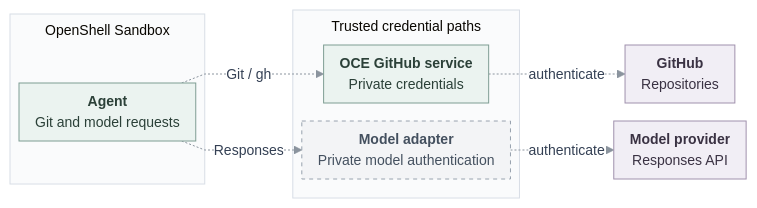
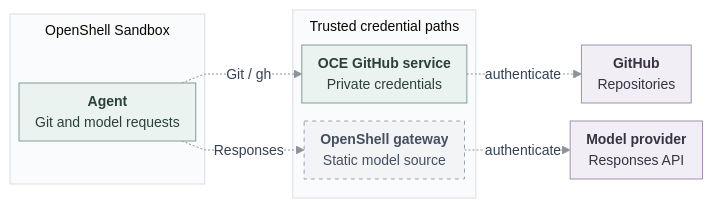
The diagram in specs/credential-gateway-driver.md (SebTardif/openclaw-enterprise), drawn with Mermaid before and after one commit. The commit also changed other lines of this file and 1 other file, not shown here.

Commit message:
docs: align credential gateway with OpenShell

````diff
--- a/specs/credential-gateway-driver.md
+++ b/specs/credential-gateway-driver.md
@@ -30,44 +32,44 @@
 ```mermaid
 ---
 config:
   theme: base
   htmlLabels: true
   themeVariables:
     fontSize: 14px
     primaryTextColor: "#344054"
     lineColor: "#8B949E"
     edgeLabelBackground: "#FFFFFF"
   flowchart:
     curve: linear
     nodeSpacing: 18
     rankSpacing: 18
     padding: 8
     subGraphTitleMargin:
       top: 6
       bottom: 10
 ---
 flowchart LR
   subgraph S["OpenShell Sandbox"]
     A["<b>Agent</b><br/>Git and model requests"]
   end
   subgraph T["Trusted credential paths"]
     G["<b>OCE GitHub service</b><br/>Private credentials"]
-    M["<b>Model adapter</b><br/>Private model authentication"]
+    M["<b>OpenShell gateway</b><br/>Static model source"]
   end
   H["<b>GitHub</b><br/>Repositories"]
   P["<b>Model provider</b><br/>Responses API"]
   A -.->|Git / gh| G
   A -.->|Responses| M
   G -.->|authenticate| H
   M -.->|authenticate| P
   classDef control fill:#EDF2F7,stroke:#879AB0,color:#25364A,stroke-width:1px
   classDef operation fill:#EBF3F0,stroke:#7F9D93,color:#2B4038,stroke-width:1px
   classDef external fill:#F1EEF5,stroke:#A091AD,color:#3A3243,stroke-width:1px
   classDef pending fill:#F3F4F6,stroke:#98A2AE,color:#44505F,stroke-width:1px,stroke-dasharray:4 4
   class A,G operation
   class H,P external
   class M pending
   style S fill:#FAFBFC,stroke:#D8DEE6,stroke-width:1px
   style T fill:#FAFBFC,stroke:#D8DEE6,stroke-width:1px
   linkStyle default stroke:#8B949E,stroke-width:1px
 ```
````
